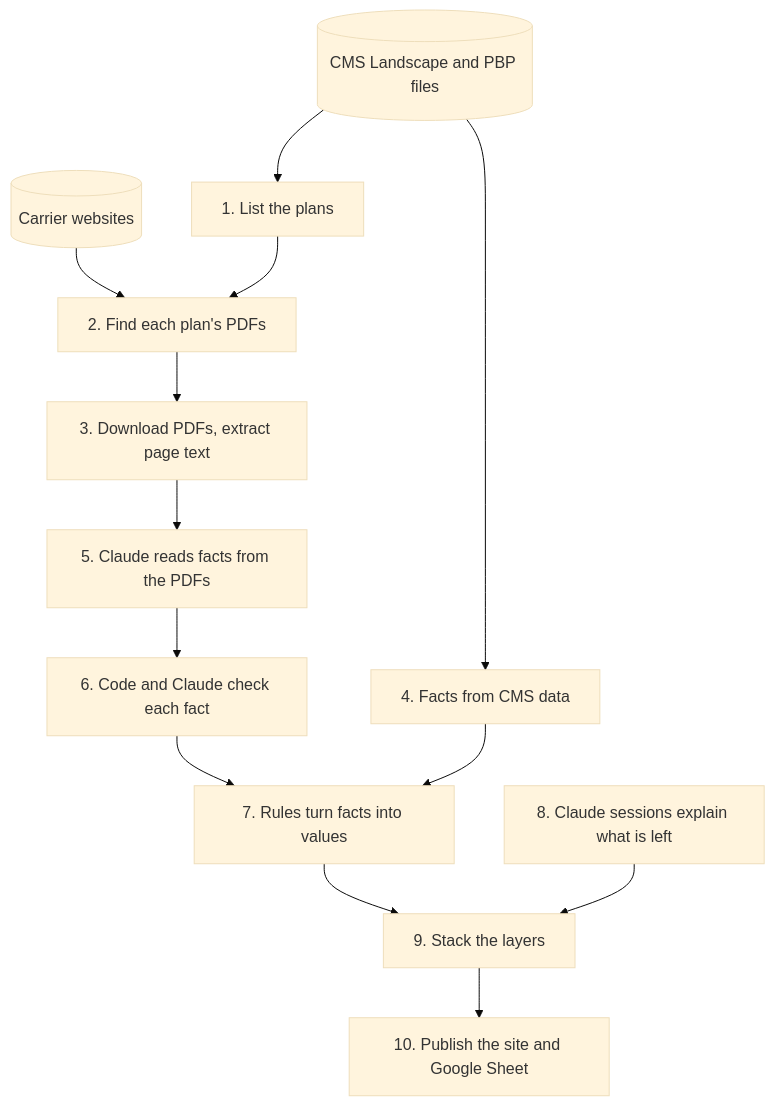
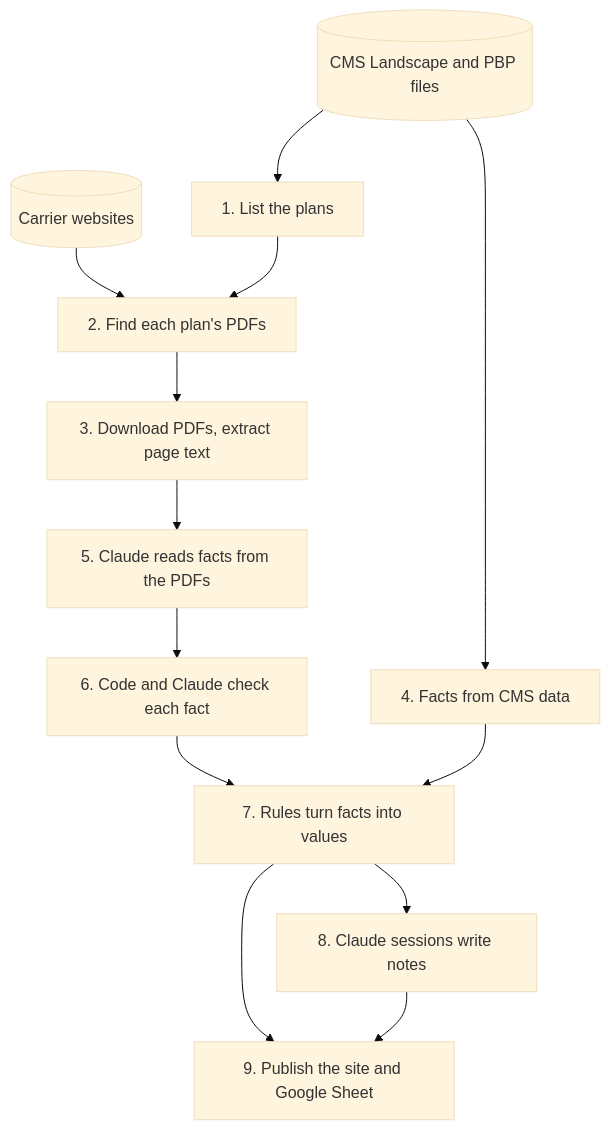
One commit to rosenhouse-bot-sandbox/shiba-data changed the diagram in docs/pipeline.md. Above: the diagram before and after it, drawn with Mermaid (base theme). The commit also changed other lines of this file and 34 other files, not shown here.

````diff
--- a/docs/pipeline.md
+++ b/docs/pipeline.md
@@ -46,15 +46,15 @@
 ```mermaid
 flowchart TD
   cms[(CMS Landscape and PBP files)] --> plans[1. List the plans]
   carriers[(Carrier websites)] --> find[2. Find each plan's PDFs]
   plans --> find
   find --> text[3. Download PDFs, extract page text]
   cms --> cmsfacts[4. Facts from CMS data]
   text --> read[5. Claude reads facts from the PDFs]
   read --> check[6. Code and Claude check each fact]
   check --> present[7. Rules turn facts into values]
   cmsfacts --> present
-  present --> stack[9. Stack the layers]
-  fix[8. Claude sessions explain what is left] --> stack
-  stack --> publish[10. Publish the site and Google Sheet]
+  present --> notes[8. Claude sessions write notes]
+  present --> publish[9. Publish the site and Google Sheet]
+  notes --> publish
 ```
````
